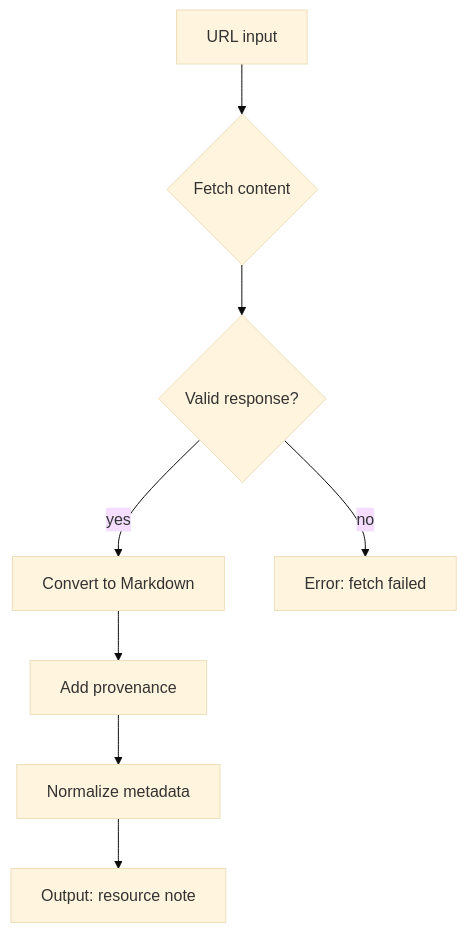
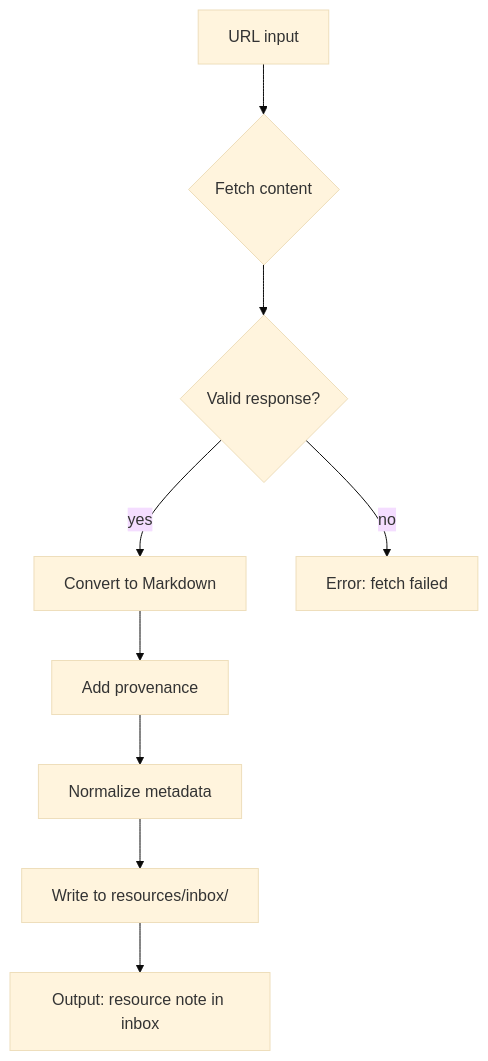
Before and after one commit to gengyabc/baicai-notebook: diagram 13 of 16 in docs/routing-flows.md, drawn with Mermaid (base theme). The commit also changed other lines of this file and 11 other files, not shown here.

````diff
--- a/docs/routing-flows.md
+++ b/docs/routing-flows.md
@@ -342,10 +348,11 @@
 ```mermaid
 flowchart TD
     A[URL input] --> B{Fetch content}
     B --> C{Valid response?}
     C -->|yes| D[Convert to Markdown]
     C -->|no| E[Error: fetch failed]
     D --> F[Add provenance]
     F --> G[Normalize metadata]
-    G --> H[Output: resource note]
+    G --> H[Write to resources/inbox/]
+    H --> I[Output: resource note in inbox]
 ```
````
